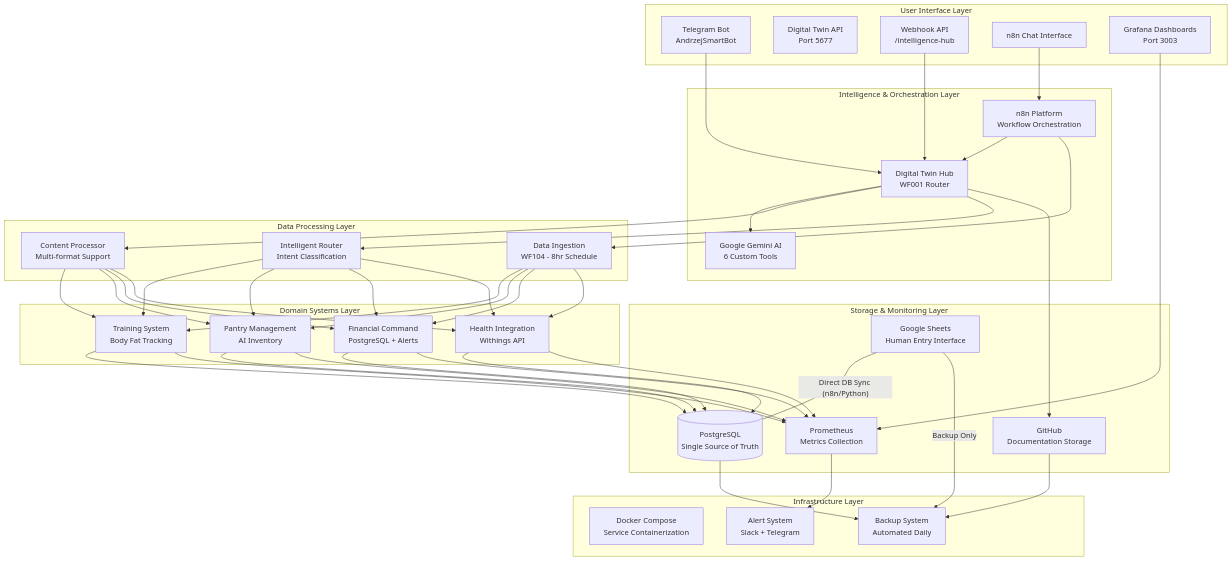
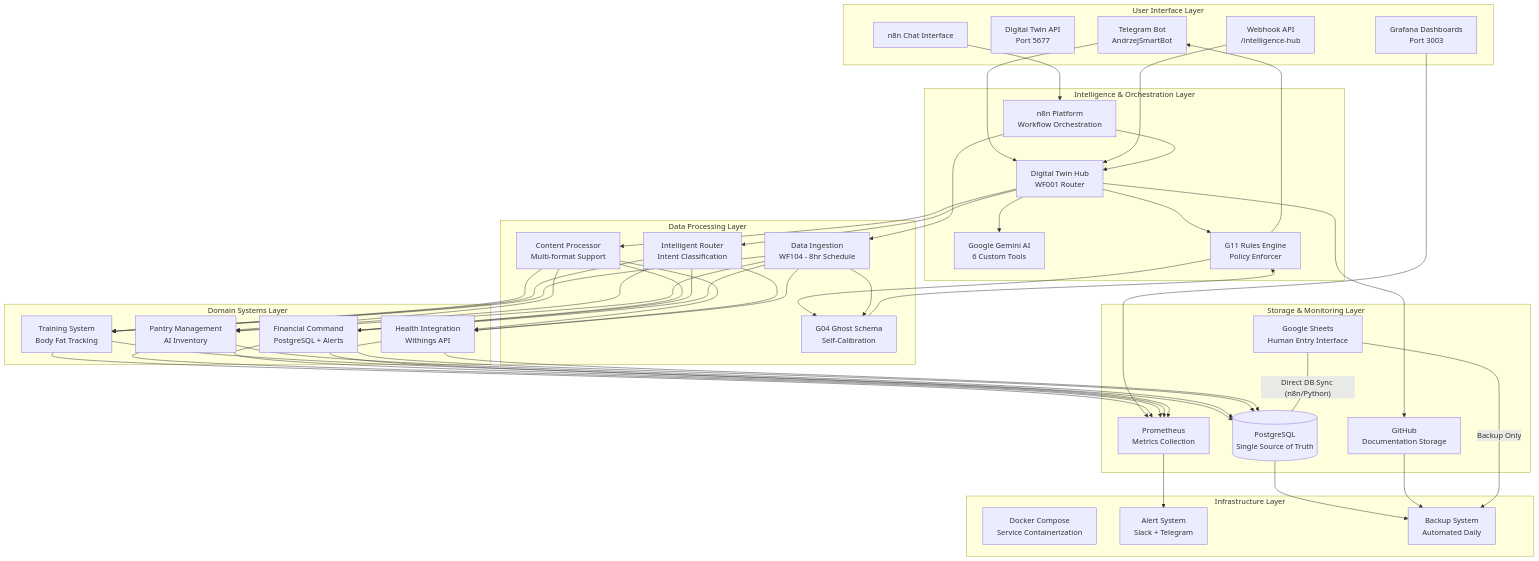
Before and after one commit to brostudiodev/autonomous-living-architecture: the first of 7 diagrams in docs/20_Systems/Architecture-Diagrams.md, drawn with Mermaid. The commit also changed 459 other files, not shown here.

Commit message:
docs: synchronized and sanitized architecture blueprint

```diff
--- a/docs/20_Systems/Architecture-Diagrams.md
+++ b/docs/20_Systems/Architecture-Diagrams.md
@@ -27,6 +27,7 @@
     subgraph "Intelligence & Orchestration Layer"
         G04[Digital Twin Hub<br/>WF001 Router]
         GEMINI[Google Gemini AI<br/>6 Custom Tools]
+        RULES[G11 Rules Engine<br/>Policy Enforcer]
         N8N[n8n Platform<br/>Workflow Orchestration]
     end
 
@@ -34,6 +35,7 @@
         PROCESSOR[Content Processor<br/>Multi-format Support]
         ROUTER[Intelligent Router<br/>Intent Classification]
         INGESTION[Data Ingestion<br/>WF104 - 8hr Schedule]
+        GHOST[G04 Ghost Schema<br/>Self-Calibration]
     end
 
     subgraph "Domain Systems Layer"
@@ -66,6 +68,10 @@
     G04 --> GEMINI
     G04 --> PROCESSOR
     G04 --> ROUTER
+    G04 --> RULES
+    RULES --> TELEGRAM
+    RULES --> GHOST
+    GHOST --> RULES
     N8N --> G04
     N8N --> INGESTION
 
@@ -82,6 +88,7 @@
     INGESTION --> G03
     INGESTION --> G05
     INGESTION --> G07
+    INGESTION --> GHOST
 
     %% Domain Systems to Storage
     G01 --> POSTGRES
```
